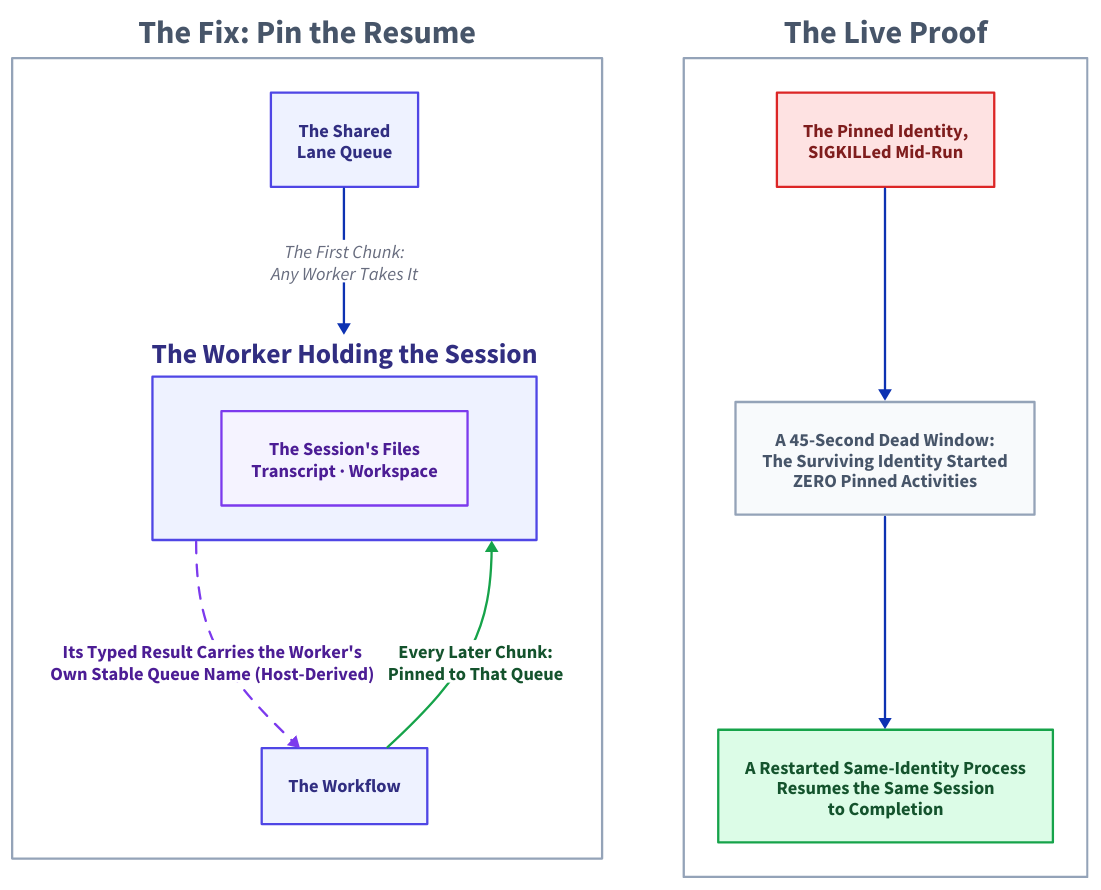
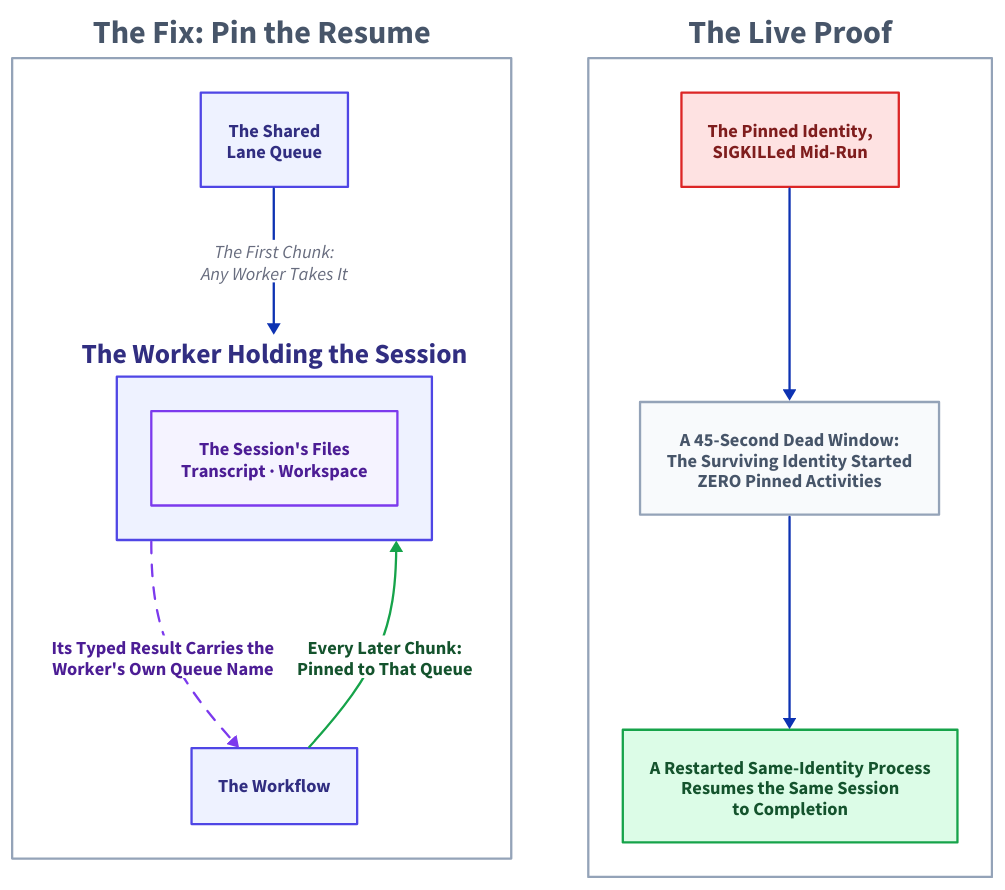
One commit to thumarrushik/crash-proof-team-of-coding-agents changed the diagram in assets/diagram-src/sticky-queue.d2. Above: the diagram before and after it, drawn with D2. The commit also changed 2 other files, not shown here.

Commit message:
Sticky-queue figure: colliding edge labels separated for print

```diff
--- a/assets/diagram-src/sticky-queue.d2
+++ b/assets/diagram-src/sticky-queue.d2
@@ -1,45 +1,45 @@
 # The one place durability isn't symmetric: the resume must land where the
 # session's local files live. The fix, then the live proof.
 direction: down
 vertical-gap: 90
 
 fix: "The Fix: Pin the Resume" {
   direction: right
-  horizontal-gap: 150
+  horizontal-gap: 260
   style: {fill: "#ffffff"; stroke: "#94a3b8"; font-color: "#475569"; bold: true}
   laneq: "The Shared\nLane Queue" {
     style: {fill: "#eef2ff"; stroke: "#4f46e5"; font-color: "#312e81"; bold: true}
   }
   w: "The Worker Holding the Session" {
     style: {fill: "#eef2ff"; stroke: "#4f46e5"; font-color: "#312e81"; bold: true}
     files: "The Session's Files\nTranscript · Workspace" {
       style: {fill: "#f5f3ff"; stroke: "#7c3aed"; font-color: "#4c1d95"; bold: true}
     }
   }
   wf: "The Workflow" {
     style: {fill: "#eef2ff"; stroke: "#4f46e5"; font-color: "#312e81"; bold: true}
   }
   laneq -> w: "The First Chunk:\nAny Worker Takes It"
-  w -> wf: "Its Typed Result Carries the Worker's\nOwn Stable Queue Name (Host-Derived)" {
+  w -> wf: "Its Typed Result Carries the\nWorker's Own Queue Name" {
     style: {stroke-dash: 5; stroke: "#7c3aed"; font-color: "#4c1d95"; bold: true}
   }
   wf -> w: "Every Later Chunk:\nPinned to That Queue" {
     style: {stroke: "#16a34a"; font-color: "#14532d"; bold: true}
   }
 }
 
 proof: "The Live Proof" {
   direction: right
   horizontal-gap: 130
   style: {fill: "#ffffff"; stroke: "#94a3b8"; font-color: "#475569"; bold: true}
   killed: "The Pinned Identity,\nSIGKILLed Mid-Run" {
     style: {fill: "#fee2e2"; stroke: "#dc2626"; font-color: "#7f1d1d"; bold: true}
   }
   window: "A 45-Second Dead Window:\nThe Surviving Identity Started\nZERO Pinned Activities" {
     style: {fill: "#f8fafc"; stroke: "#94a3b8"; font-color: "#475569"; bold: true}
   }
   resumed: "A Restarted Same-Identity Process\nResumes the Same Session\nto Completion" {
     style: {fill: "#dcfce7"; stroke: "#16a34a"; font-color: "#14532d"; bold: true}
   }
   killed -> window -> resumed
 }
```
